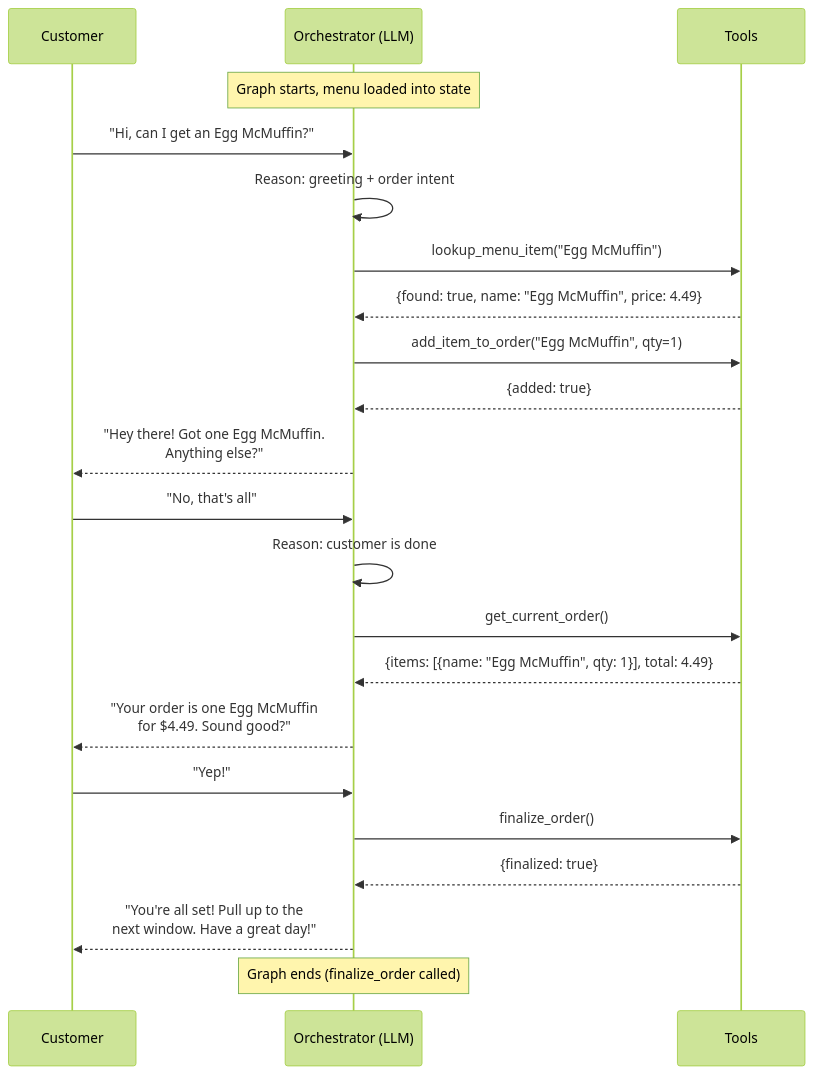
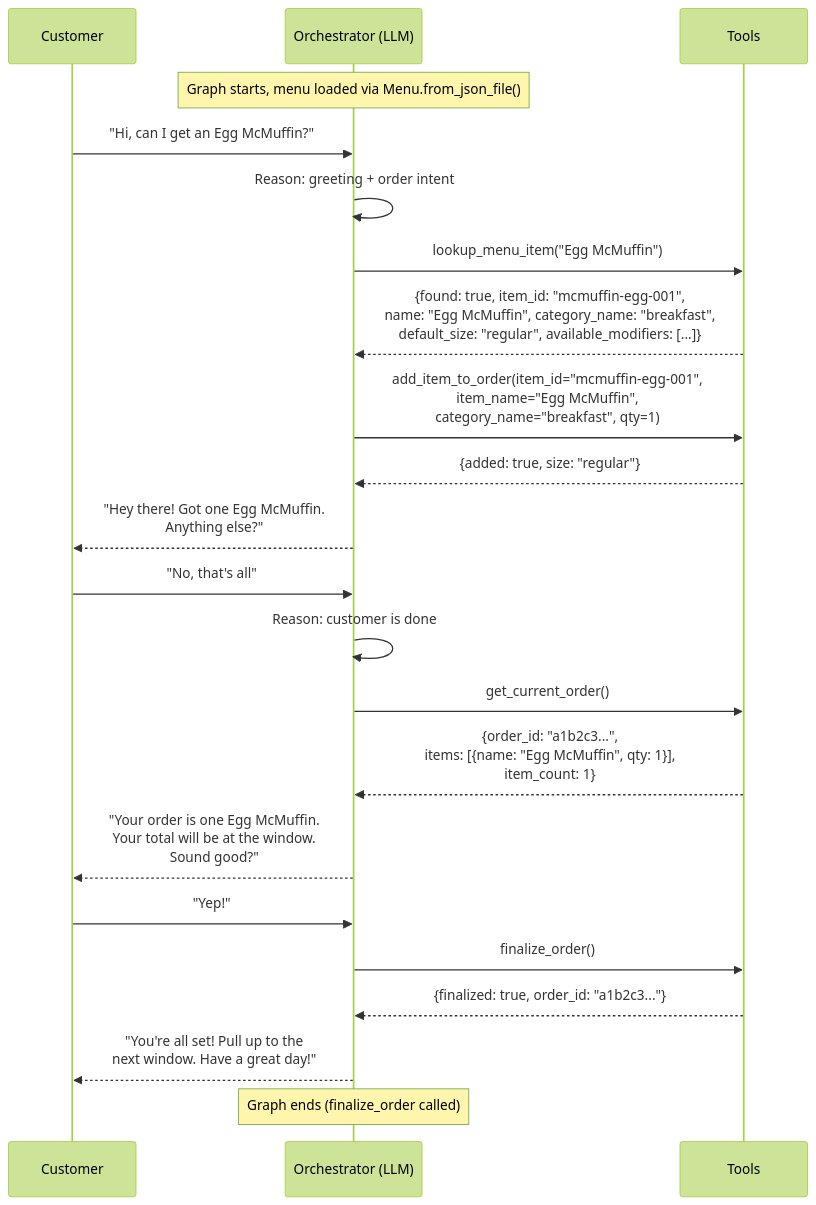
Before and after one commit to seanreed1111/mcdonalds-drive-thru-bot: the seventh of 12 diagrams in docs/thoughts/target-implementation/v1/langgraph-state-diagrams-v1.md, drawn with Mermaid (forest theme). The commit also changed other lines of this file and 3 other files, not shown here.

Commit message:
adds more planning docs about state persistence. also adds Order.__add__ to add order to item

````diff
--- a/docs/thoughts/target-implementation/v1/langgraph-state-diagrams-v1.md
+++ b/docs/thoughts/target-implementation/v1/langgraph-state-diagrams-v1.md
@@ -271,36 +335,36 @@
 ```mermaid
 sequenceDiagram
     participant C as Customer
     participant O as Orchestrator (LLM)
     participant T as Tools
 
-    Note over O: Graph starts, menu loaded into state
+    Note over O: Graph starts, menu loaded via Menu.from_json_file()
 
     C->>O: "Hi, can I get an Egg McMuffin?"
 
     O->>O: Reason: greeting + order intent
     O->>T: lookup_menu_item("Egg McMuffin")
-    T-->>O: {found: true, name: "Egg McMuffin", price: 4.49}
+    T-->>O: {found: true, item_id: "mcmuffin-egg-001",<br/>name: "Egg McMuffin", category_name: "breakfast",<br/>default_size: "regular", available_modifiers: [...]}
 
-    O->>T: add_item_to_order("Egg McMuffin", qty=1)
-    T-->>O: {added: true}
+    O->>T: add_item_to_order(item_id="mcmuffin-egg-001",<br/>item_name="Egg McMuffin",<br/>category_name="breakfast", qty=1)
+    T-->>O: {added: true, size: "regular"}
 
     O-->>C: "Hey there! Got one Egg McMuffin.<br/>Anything else?"
 
     C->>O: "No, that's all"
 
     O->>O: Reason: customer is done
     O->>T: get_current_order()
-    T-->>O: {items: [{name: "Egg McMuffin", qty: 1}], total: 4.49}
+    T-->>O: {order_id: "a1b2c3...",<br/>items: [{name: "Egg McMuffin", qty: 1}],<br/>item_count: 1}
 
-    O-->>C: "Your order is one Egg McMuffin<br/>for $4.49. Sound good?"
+    O-->>C: "Your order is one Egg McMuffin.<br/>Your total will be at the window.<br/>Sound good?"
 
     C->>O: "Yep!"
 
     O->>T: finalize_order()
-    T-->>O: {finalized: true}
+    T-->>O: {finalized: true, order_id: "a1b2c3..."}
 
     O-->>C: "You're all set! Pull up to the<br/>next window. Have a great day!"
 
     Note over O: Graph ends (finalize_order called)
 ```
````
